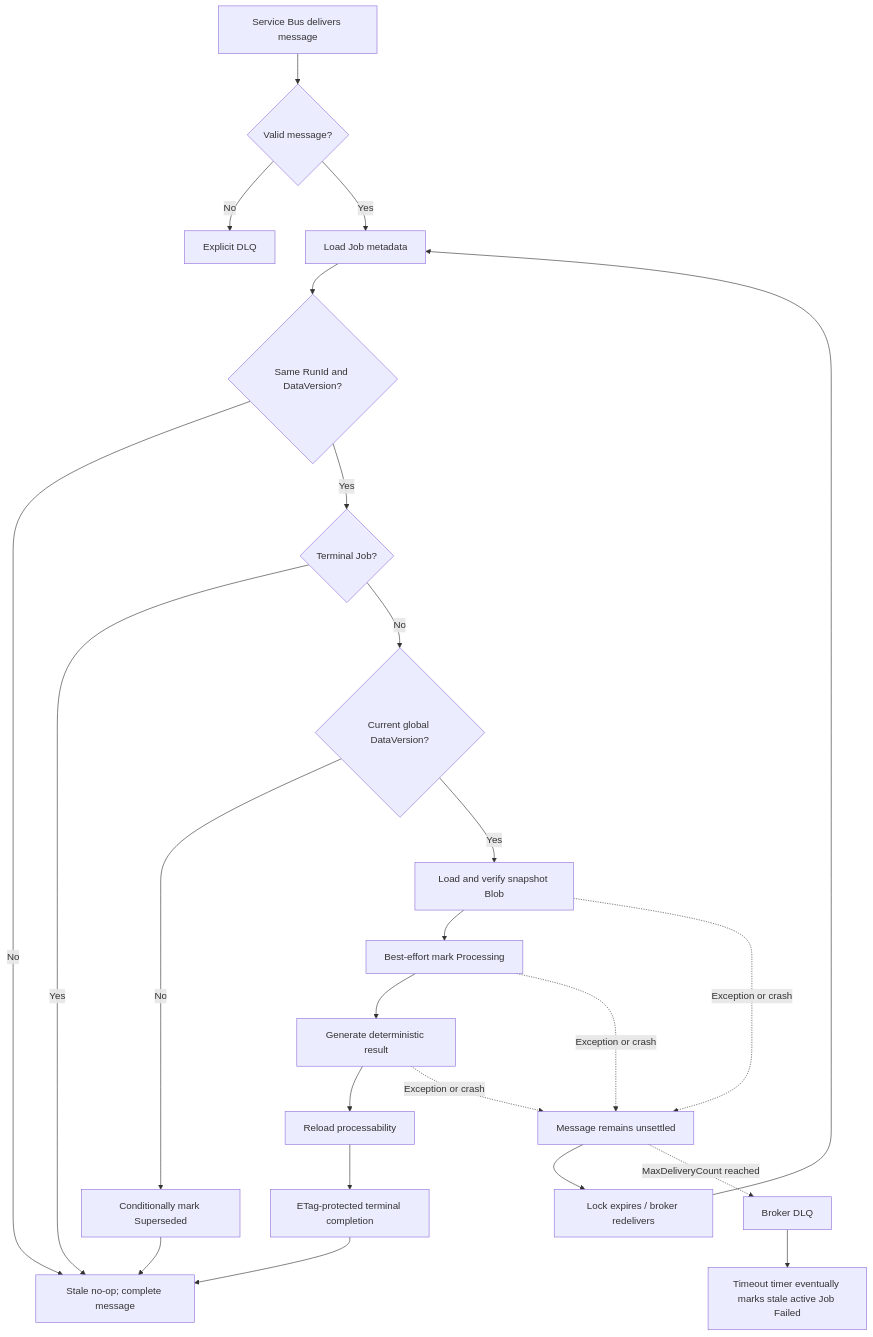
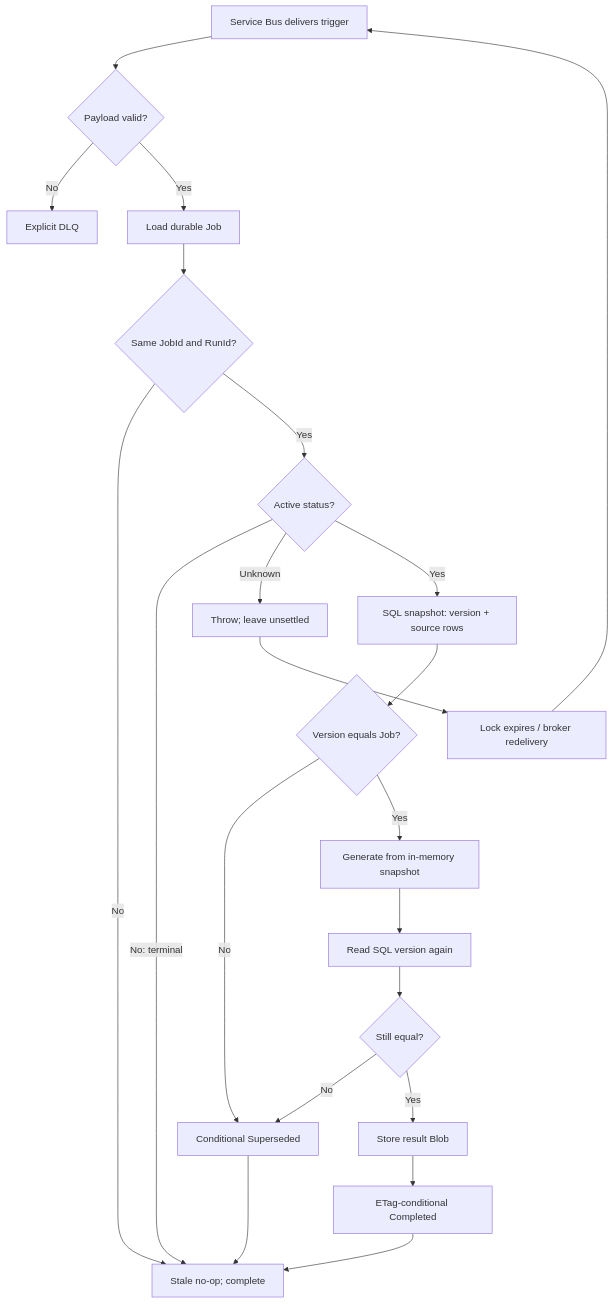
Before and after one commit to Daniel-Wei/liftBattery: the diagram in notes/trend-report-message-redelivery.md, drawn with Mermaid. The commit also changed other lines of this file and 17 other files, not shown here.

Commit message:
refactor(trend-report): capture source snapshots in worker with SQL version guards

````diff
--- a/notes/trend-report-message-redelivery.md
+++ b/notes/trend-report-message-redelivery.md
@@ -167,26 +141,24 @@
 ```mermaid
 flowchart TD
-    A["Service Bus delivers message"] --> B{"Valid message?"}
+    A["Service Bus delivers trigger"] --> B{"Payload valid?"}
     B -- "No" --> C["Explicit DLQ"]
-    B -- "Yes" --> D["Load Job metadata"]
-    D --> E{"Same RunId and DataVersion?"}
-    E -- "No" --> F["Stale no-op; complete message"]
-    E -- "Yes" --> G{"Terminal Job?"}
-    G -- "Yes" --> F
-    G -- "No" --> H{"Current global DataVersion?"}
-    H -- "No" --> I["Conditionally mark Superseded"]
-    I --> F
-    H -- "Yes" --> J["Load and verify snapshot Blob"]
-    J --> K["Best-effort mark Processing"]
-    K --> L["Generate deterministic result"]
-    L --> M["Reload processability"]
-    M --> N["ETag-protected terminal completion"]
-    N --> F
-    J -. "Exception or crash" .-> O["Message remains unsettled"]
-    K -. "Exception or crash" .-> O
-    L -. "Exception or crash" .-> O
-    O --> P["Lock expires / broker redelivers"]
-    P --> D
-    O -. "MaxDeliveryCount reached" .-> Q["Broker DLQ"]
-    Q --> R["Timeout timer eventually marks stale active Job Failed"]
+    B -- "Yes" --> D["Load durable Job"]
+    D --> E{"Same JobId and RunId?"}
+    E -- "No" --> F["Stale no-op; complete"]
+    E -- "Yes" --> G{"Active status?"}
+    G -- "No: terminal" --> F
+    G -- "Unknown" --> H["Throw; leave unsettled"]
+    G -- "Yes" --> I["SQL snapshot: version + source rows"]
+    I --> J{"Version equals Job?"}
+    J -- "No" --> K["Conditional Superseded"]
+    J -- "Yes" --> L["Generate from in-memory snapshot"]
+    L --> M["Read SQL version again"]
+    M --> N{"Still equal?"}
+    N -- "No" --> K
+    N -- "Yes" --> O["Store result Blob"]
+    O --> P["ETag-conditional Completed"]
+    K --> F
+    P --> F
+    H --> Q["Lock expires / broker redelivery"]
+    Q --> A
 ```
````
